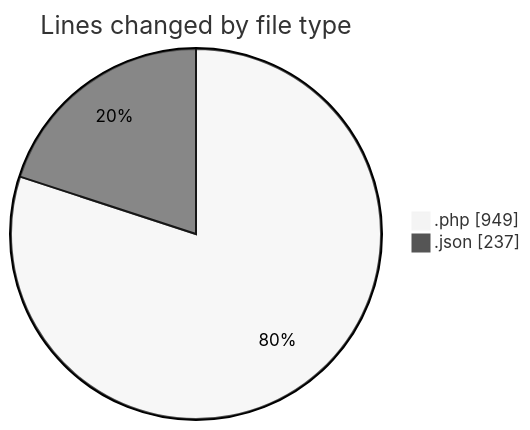
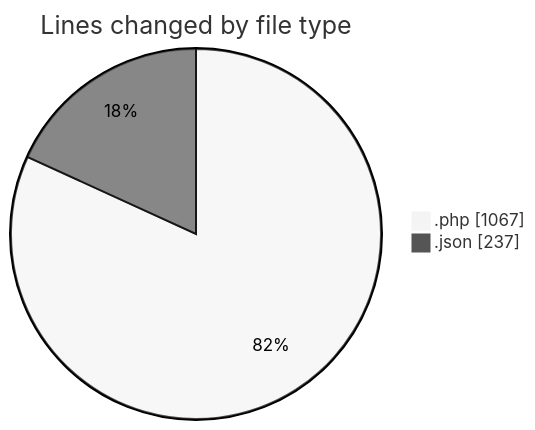
The first of 2 diagrams in 2025-05-25/bookingpodcas/README.md (idhammustaqopulfikri/code-tracking), drawn with Mermaid (neutral theme) before and after one commit. The commit also changed other lines of this file and 1 other file, not shown here.

````diff
--- a/2025-05-25/bookingpodcas/README.md
+++ b/2025-05-25/bookingpodcas/README.md
@@ -34,6 +34,6 @@
 ```mermaid
 pie showData
 title Lines changed by file type
-".php" : 949
+".php" : 1067
 ".json" : 237
 ```
````
